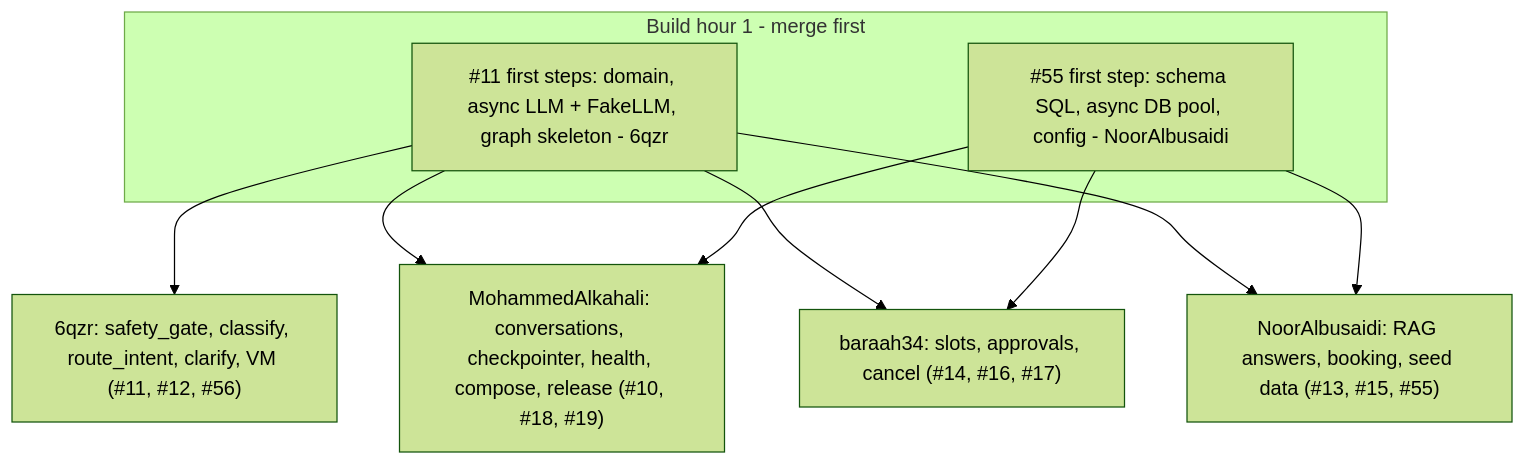
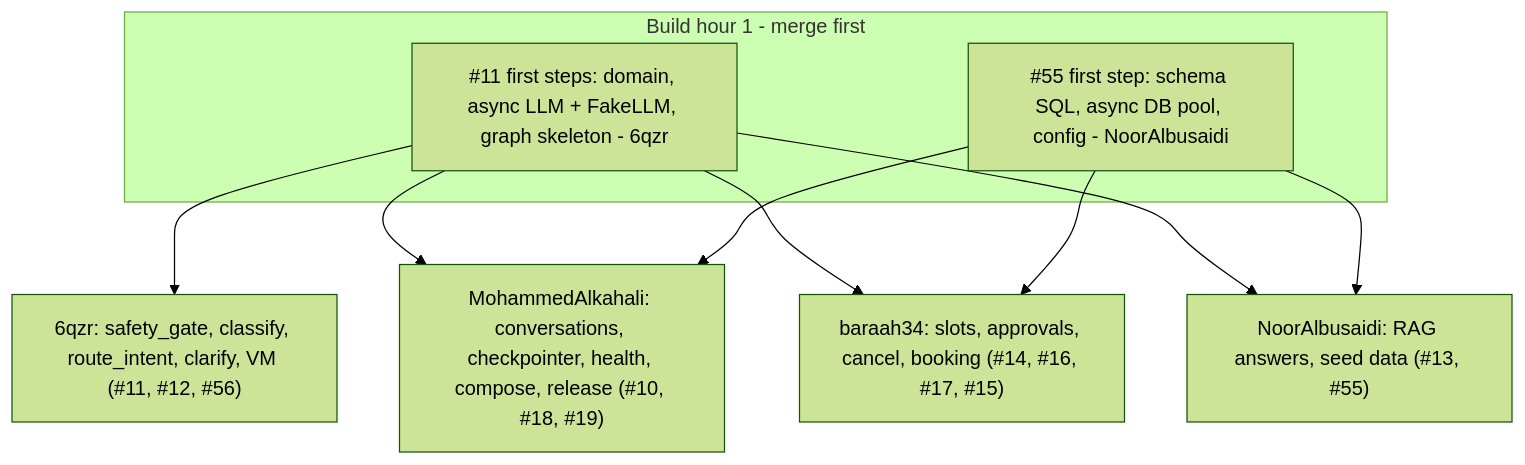
One commit to 6qzr/Owlgent-Workspace changed the fifth of 5 diagrams in docs/architecture.md. Above: the diagram before and after it, drawn with Mermaid (forest theme). The commit also changed other lines of this file and 1 other file, not shown here.

First line of the commit message:
docs: architecture.md and ADR 0001 match main

````diff
--- a/docs/architecture.md
+++ b/docs/architecture.md
@@ -219,13 +226,13 @@
 ```mermaid
 flowchart TB
     subgraph foundation["Build hour 1 - merge first"]
         sk["#11 first steps: domain, async LLM + FakeLLM, graph skeleton - 6qzr"]
         sc["#55 first step: schema SQL, async DB pool, config - NoorAlbusaidi"]
     end
     lead["6qzr: safety_gate, classify, route_intent, clarify, VM (#11, #12, #56)"]
     r1["MohammedAlkahali: conversations, checkpointer, health, compose, release (#10, #18, #19)"]
-    r2["baraah34: slots, approvals, cancel (#14, #16, #17)"]
-    r3["NoorAlbusaidi: RAG answers, booking, seed data (#13, #15, #55)"]
+    r2["baraah34: slots, approvals, cancel, booking (#14, #16, #17, #15)"]
+    r3["NoorAlbusaidi: RAG answers, seed data (#13, #55)"]
     sk --> lead & r1 & r2 & r3
     sc --> r1 & r2 & r3
 ```
````
